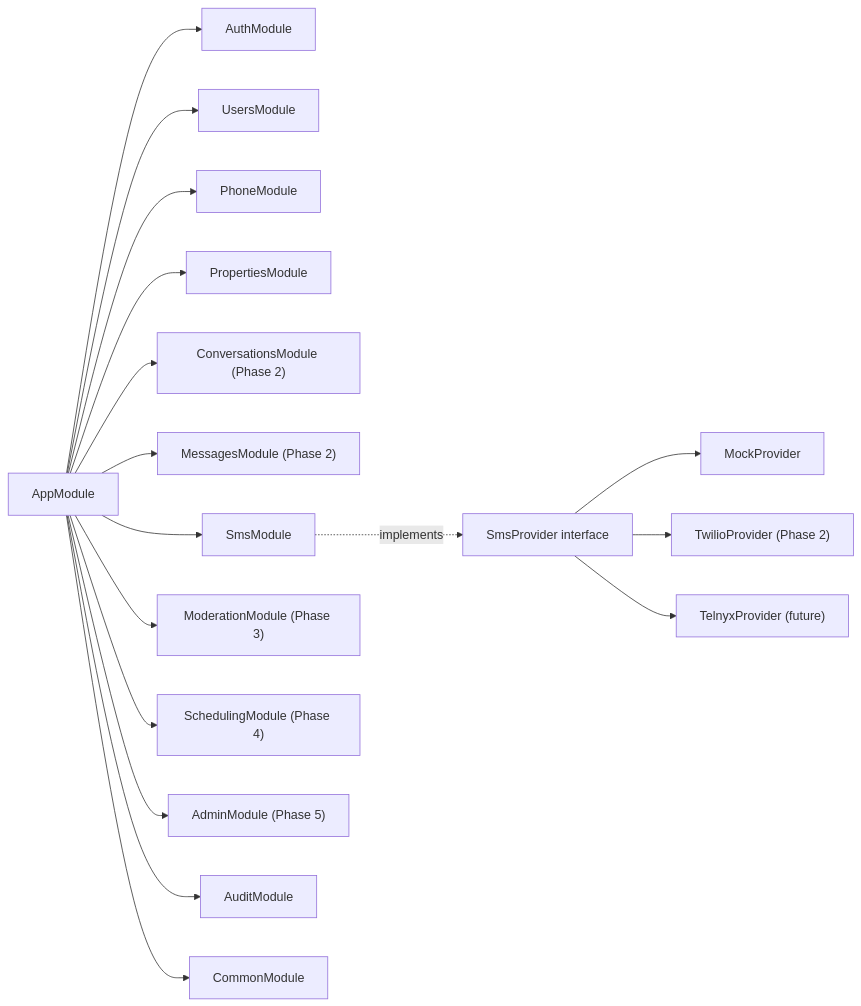
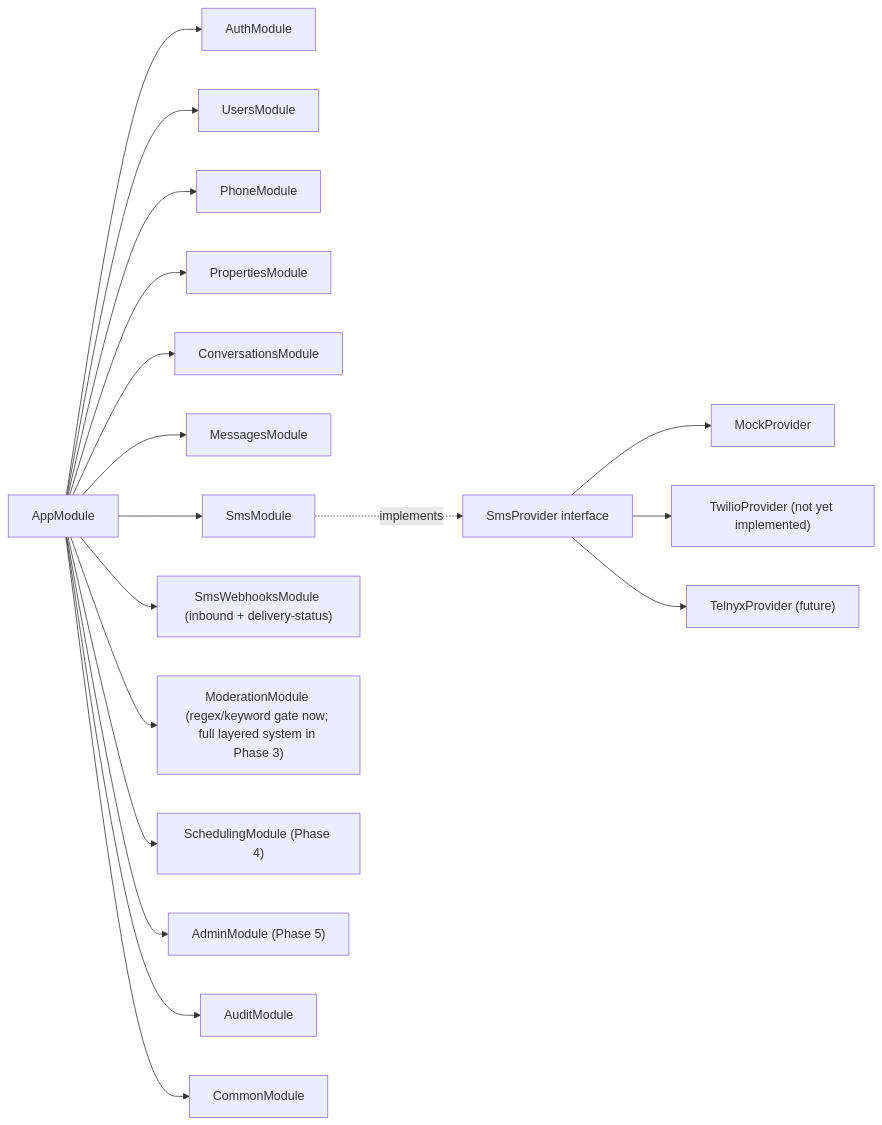
Before and after one commit to Bbillionaires/realestatemarketplace: the second of 3 diagrams in docs/architecture.md, drawn with Mermaid. The commit also changed other lines of this file and 52 other files, not shown here.

````diff
--- a/docs/architecture.md
+++ b/docs/architecture.md
@@ -56,19 +56,20 @@
 ```mermaid
 flowchart LR
     AppModule --> AuthModule
     AppModule --> UsersModule
     AppModule --> PhoneModule
     AppModule --> PropertiesModule
-    AppModule --> ConversationsModule["ConversationsModule (Phase 2)"]
-    AppModule --> MessagesModule["MessagesModule (Phase 2)"]
+    AppModule --> ConversationsModule
+    AppModule --> MessagesModule
     AppModule --> SmsModule
-    AppModule --> ModerationModule["ModerationModule (Phase 3)"]
+    AppModule --> SmsWebhooksModule["SmsWebhooksModule (inbound + delivery-status)"]
+    AppModule --> ModerationModule["ModerationModule (regex/keyword gate now; full layered system in Phase 3)"]
     AppModule --> SchedulingModule["SchedulingModule (Phase 4)"]
     AppModule --> AdminModule["AdminModule (Phase 5)"]
     AppModule --> AuditModule
     AppModule --> CommonModule
     SmsModule -.implements.-> SmsProviderInterface["SmsProvider interface"]
     SmsProviderInterface --> MockProvider
-    SmsProviderInterface --> TwilioProvider["TwilioProvider (Phase 2)"]
+    SmsProviderInterface --> TwilioProvider["TwilioProvider (not yet implemented)"]
     SmsProviderInterface --> TelnyxProvider["TelnyxProvider (future)"]
 ```
````
